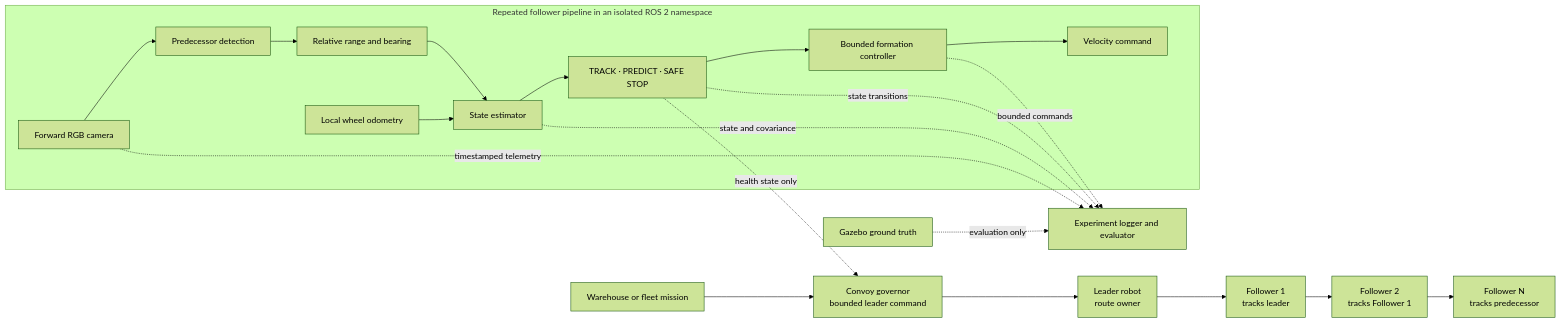
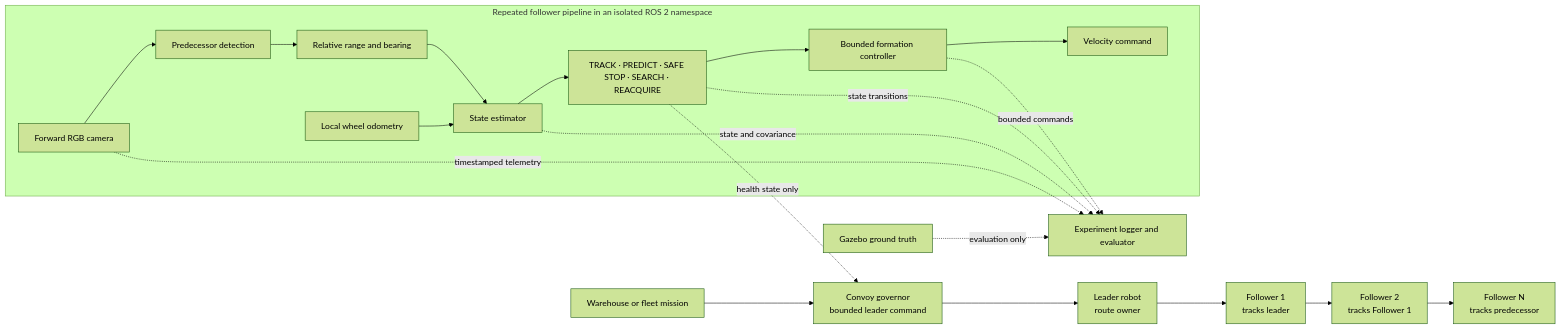
The diagram in README.md (justneeraj12/ee616-vision-leader-follower), drawn with Mermaid (forest theme) before and after one commit. The commit also changed other lines of this file and 100 other files, not shown here.

````diff
--- a/README.md
+++ b/README.md
@@ -157,26 +167,26 @@
 ```mermaid
 flowchart LR
     mission["Warehouse or fleet mission"] --> governor["Convoy governor<br/>bounded leader command"]
     governor --> leader["Leader robot<br/>route owner"]
     leader --> f1["Follower 1<br/>tracks leader"]
     f1 --> f2["Follower 2<br/>tracks Follower 1"]
     f2 --> fn["Follower N<br/>tracks predecessor"]
 
     subgraph follower["Repeated follower pipeline in an isolated ROS 2 namespace"]
         camera["Forward RGB camera"] --> detect["Predecessor detection"]
         detect --> measure["Relative range and bearing"]
         odom["Local wheel odometry"] --> estimate["State estimator"]
         measure --> estimate
-        estimate --> supervisor["TRACK · PREDICT · SAFE STOP"]
+        estimate --> supervisor["TRACK · PREDICT · SAFE STOP · SEARCH · REACQUIRE"]
         supervisor --> control["Bounded formation controller"]
         control --> cmd["Velocity command"]
     end
 
     supervisor -. health state only .-> governor
 
     truth["Gazebo ground truth"] -. evaluation only .-> logger["Experiment logger and evaluator"]
     camera -. timestamped telemetry .-> logger
     estimate -. state and covariance .-> logger
     supervisor -. state transitions .-> logger
     control -. bounded commands .-> logger
 ```
````
